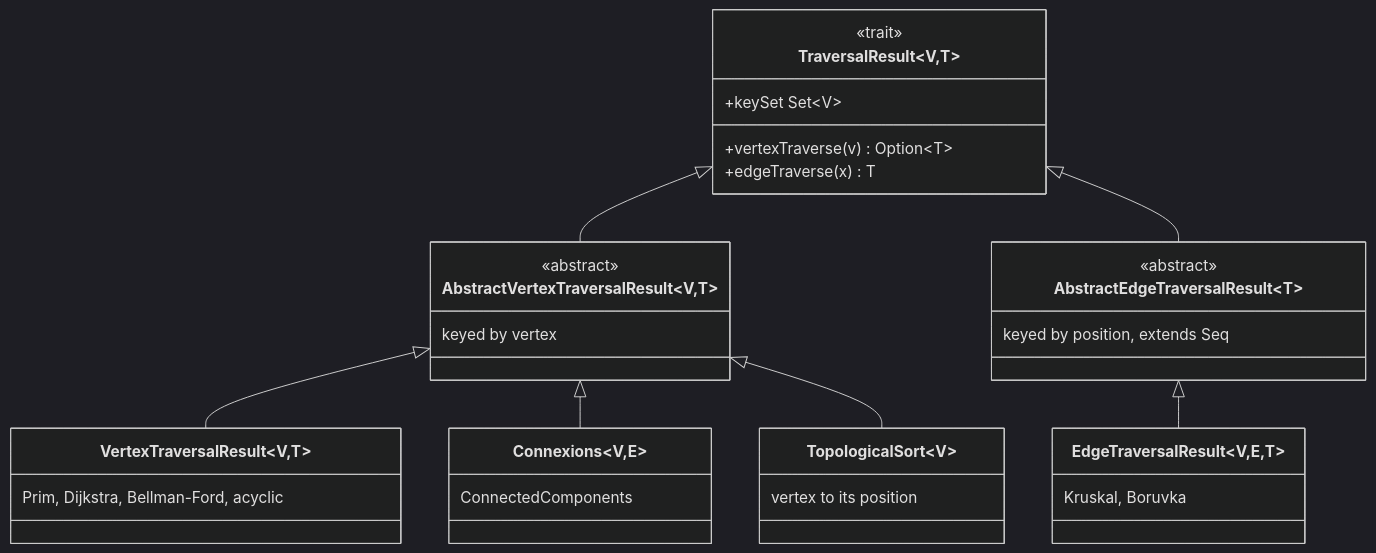
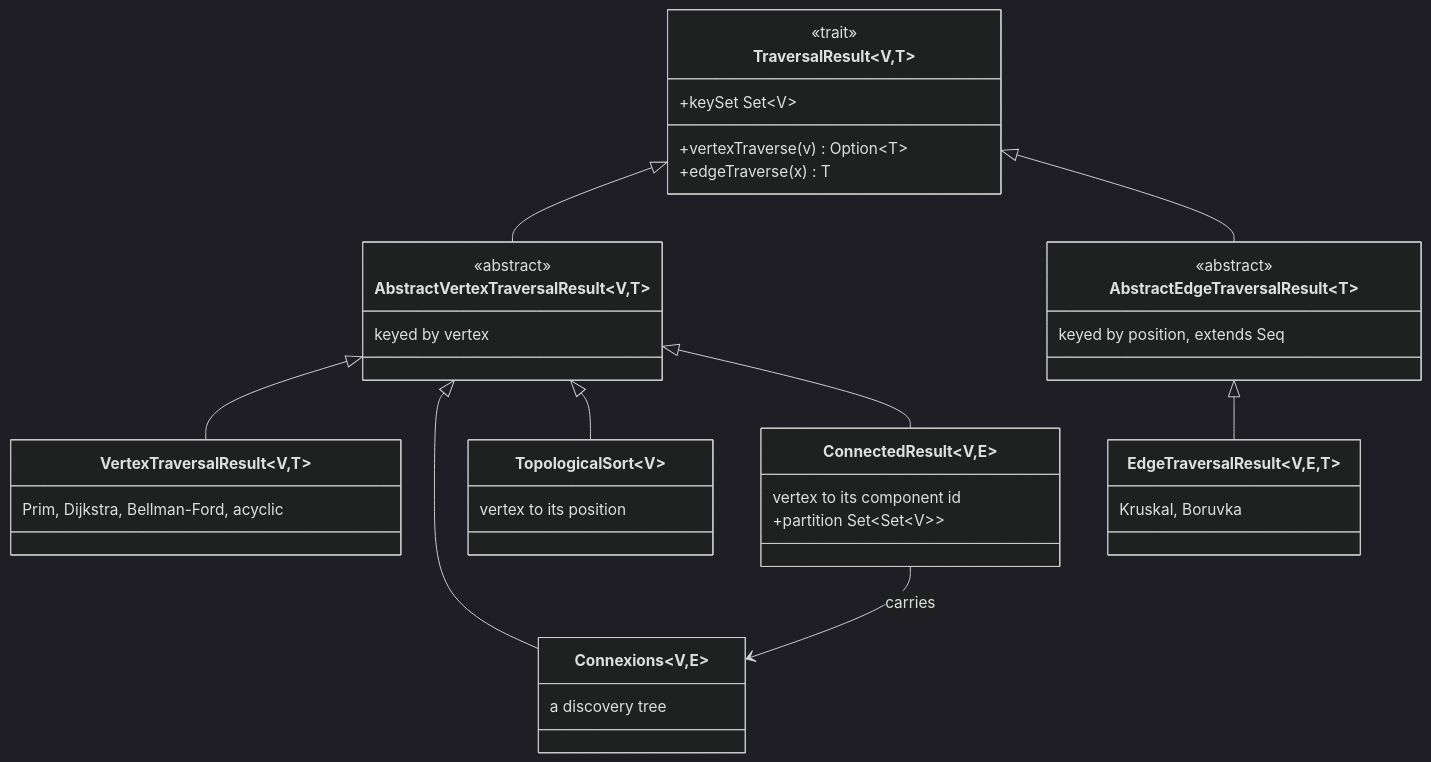
Before and after one commit to rchillyard/Gryphon: the third of 3 diagrams in README.md, drawn with Mermaid (dark theme). The commit also changed other lines of this file and 5 other files, not shown here.

First line of the commit message:
ConnectedComponents returns a TraversalResult carrying the partition

````diff
--- a/README.md
+++ b/README.md
@@ -847,35 +847,41 @@
 ```mermaid
 classDiagram
     class TraversalResult~V,T~ {
         <<trait>>
         +keySet Set~V~
         +vertexTraverse(v) Option~T~
         +edgeTraverse(x) T
     }
     class AbstractVertexTraversalResult~V,T~ {
         <<abstract>>
         keyed by vertex
     }
     class AbstractEdgeTraversalResult~T~ {
         <<abstract>>
         keyed by position, extends Seq
     }
     class VertexTraversalResult~V,T~ {
         Prim, Dijkstra, Bellman-Ford, acyclic
     }
     class Connexions~V,E~ {
-        ConnectedComponents
+        a discovery tree
     }
     class TopologicalSort~V~ {
         vertex to its position
+    }
+    class ConnectedResult~V,E~ {
+        vertex to its component id
+        +partition Set~Set~V~~
     }
     class EdgeTraversalResult~V,E,T~ {
         Kruskal, Boruvka
     }
     TraversalResult <|-- AbstractVertexTraversalResult
     TraversalResult <|-- AbstractEdgeTraversalResult
     AbstractVertexTraversalResult <|-- VertexTraversalResult
     AbstractVertexTraversalResult <|-- Connexions
     AbstractVertexTraversalResult <|-- TopologicalSort
+    AbstractVertexTraversalResult <|-- ConnectedResult
     AbstractEdgeTraversalResult <|-- EdgeTraversalResult
+    ConnectedResult --> Connexions : carries
 ```
````
